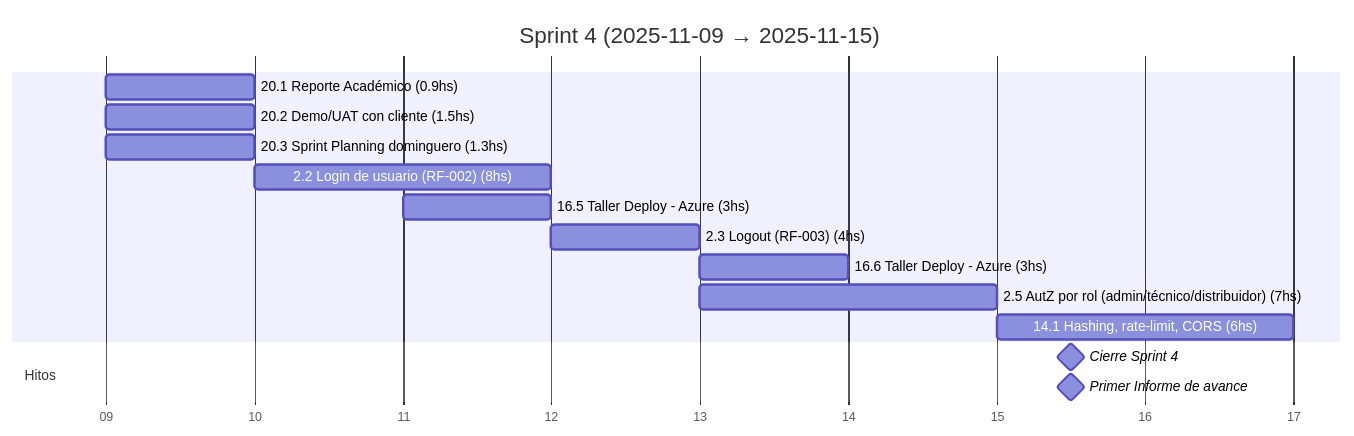
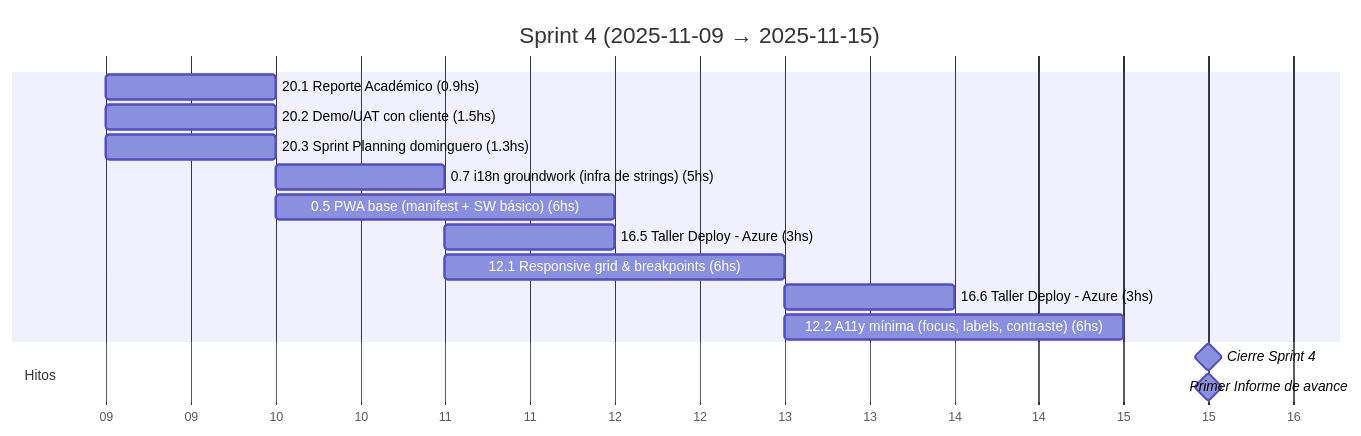
One commit to MarkMed/FleetMan changed the fifth of 19 diagrams in docs/SprintsGantts.md. Above: the diagram before and after it, drawn with Mermaid. The commit also changed other lines of this file and 1 other file, not shown here.

````diff
--- a/docs/SprintsGantts.md
+++ b/docs/SprintsGantts.md
@@ -127,22 +127,22 @@
 ```mermaid
 gantt
   title Sprint 4 (2025-11-09 → 2025-11-15)
   dateFormat  YYYY-MM-DD
   axisFormat  %d
 
   %% Asumimos 5 h/día. Horas estimadas incluidas en el nombre.
 
   20.1 Reporte Académico (0.9hs)               :t201, 2025-11-09, 1d
   20.2 Demo/UAT con cliente (1.5hs)            :t202, 2025-11-09, 1d
   20.3 Sprint Planning dominguero (1.3hs)      :t203, 2025-11-09, 1d
-  2.2 Login de usuario (RF-002) (8hs)          :t22, after t203, 2d
+  0.7 i18n groundwork (infra de strings) (5hs) :t07, after t203, 1d
+  0.5 PWA base (manifest + SW básico) (6hs)    :t05, after t203, 2d
   16.5 Taller Deploy - Azure (3hs)             :t165, 2025-11-11, 1d
-  2.3 Logout (RF-003) (4hs)                    :t23, after t22, 1d
+  12.1 Responsive grid & breakpoints (6hs)     :t121, after t07, 2d
   16.6 Taller Deploy - Azure (3hs)             :t166, 2025-11-13, 1d
-  2.5 AutZ por rol (admin/técnico/distribuidor) (7hs) :t25, after t23, 2d
-  14.1 Hashing, rate-limit, CORS (6hs)         :t141, after t25, 2d
+  12.2 A11y mínima (focus, labels, contraste) (6hs) :t122, after t121, 2d
 
   section Hitos
   Cierre Sprint 4                              :milestone, s4, 2025-11-15, 1d
   Primer Informe de avance                   :milestone, acad1, 2025-11-15, 1d
 ```
````
